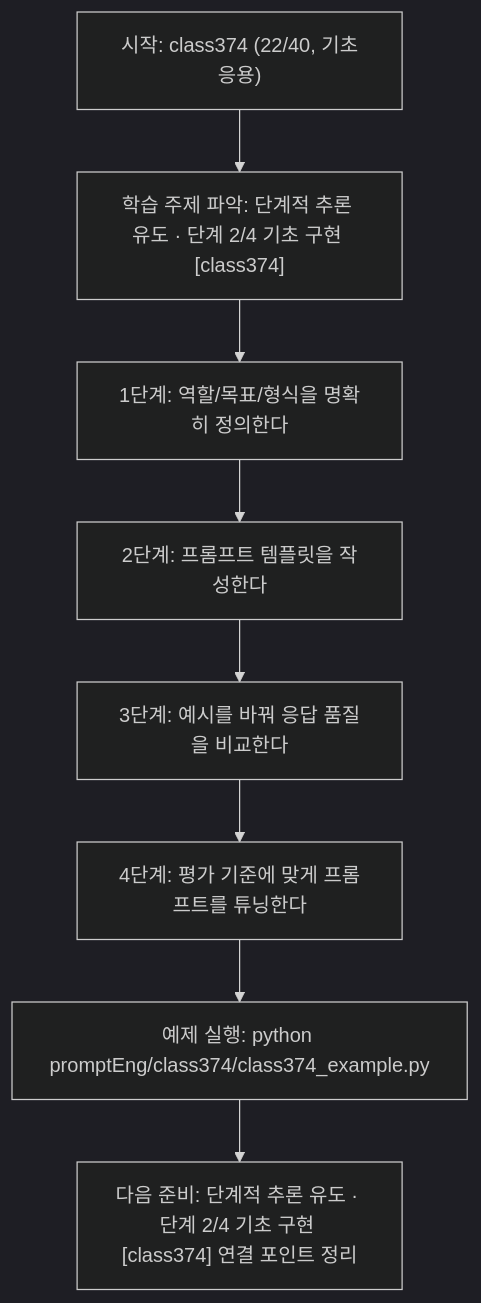
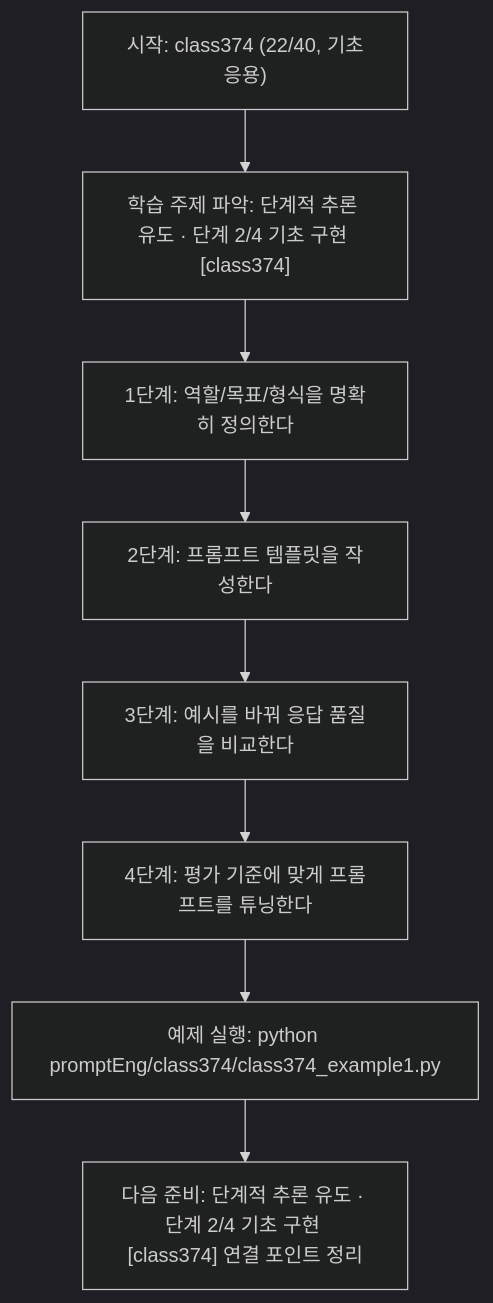
The diagram in promptEng/class374/class374.md (edumgt/Python-AI_Agent-Class), drawn with Mermaid (dark theme) before and after one commit. The commit also changed other lines of this file and 2959 other files, not shown here.

````diff
--- a/promptEng/class374/class374.md
+++ b/promptEng/class374/class374.md
@@ -110,18 +110,18 @@
 ```mermaid
 flowchart TD
 N1["시작: class374 (22/40, 기초응용)"]
 N2["학습 주제 파악: 단계적 추론 유도 · 단계 2/4 기초 구현 [class374]"]
 N3["1단계: 역할/목표/형식을 명확히 정의한다"]
 N4["2단계: 프롬프트 템플릿을 작성한다"]
 N5["3단계: 예시를 바꿔 응답 품질을 비교한다"]
 N6["4단계: 평가 기준에 맞게 프롬프트를 튜닝한다"]
-N7["예제 실행: python promptEng/class374/class374_example.py"]
+N7["예제 실행: python promptEng/class374/class374_example1.py"]
 N8["다음 준비: 단계적 추론 유도 · 단계 2/4 기초 구현 [class374] 연결 포인트 정리"]
 N1 --> N2
 N2 --> N3
 N3 --> N4
 N4 --> N5
 N5 --> N6
 N6 --> N7
 N7 --> N8
 ```
````
